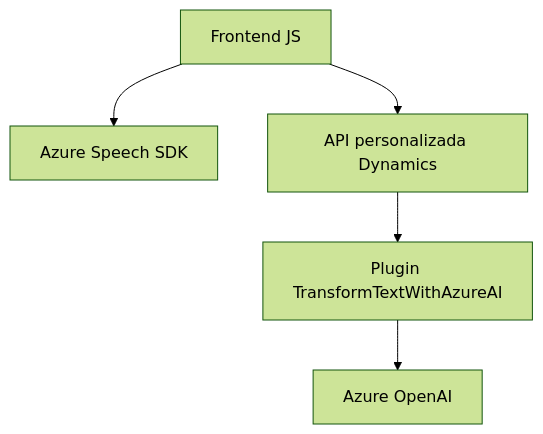
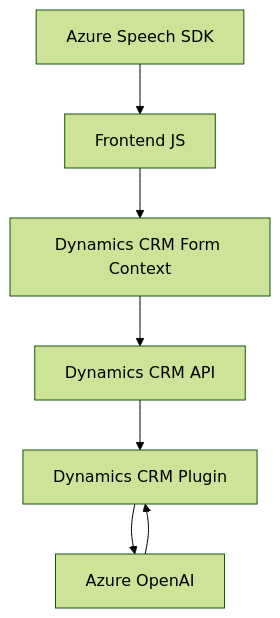
Before and after one commit to blopezdm/NETCORE_BILBAO2025: the diagram in README.md, drawn with Mermaid (forest theme). The commit also changed other lines of this file, not shown here.

````diff
--- a/README.md
+++ b/README.md
@@ -43,7 +42,9 @@
 ```mermaid
 graph TD
-    A[Frontend JS] --> B["Azure Speech SDK"]
-    A --> C["API personalizada Dynamics"]
-    C --> D["Plugin TransformTextWithAzureAI"]
-    D --> E["Azure OpenAI"]
+    A["Azure Speech SDK"] --> B["Frontend JS"]
+    B --> C["Dynamics CRM Form Context"]
+    C --> D["Dynamics CRM API"]
+    D --> E["Dynamics CRM Plugin"]
+    E --> F["Azure OpenAI"]
+    F --> E
 ```
````
